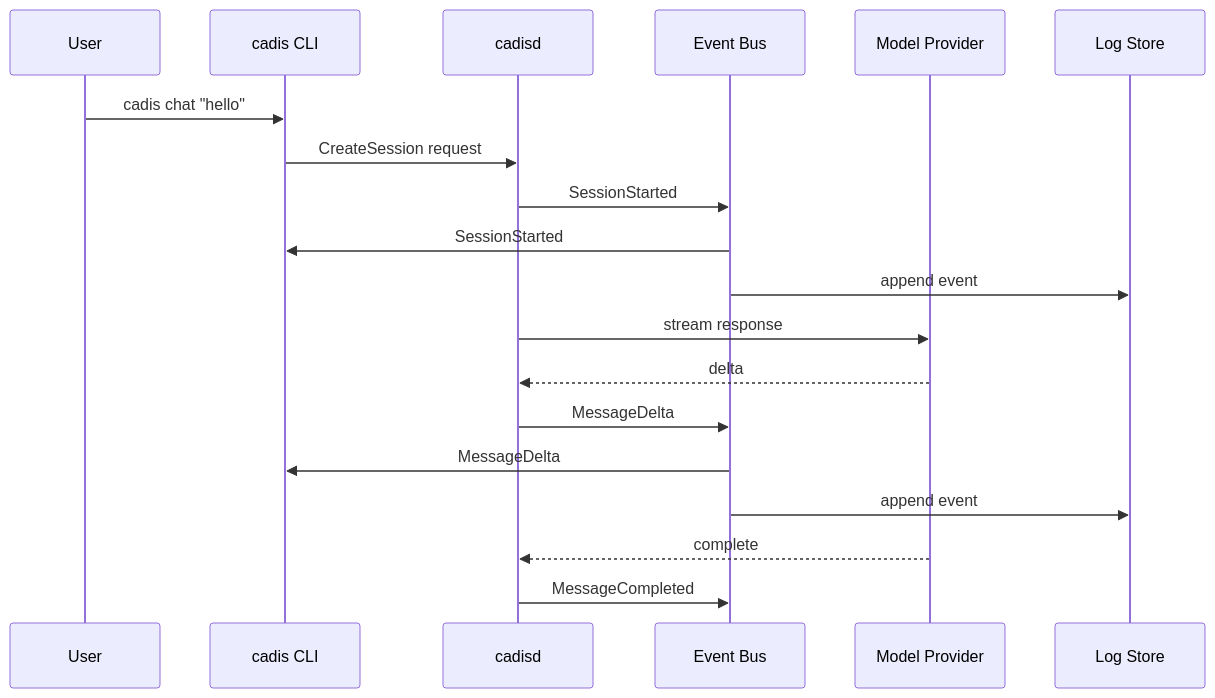
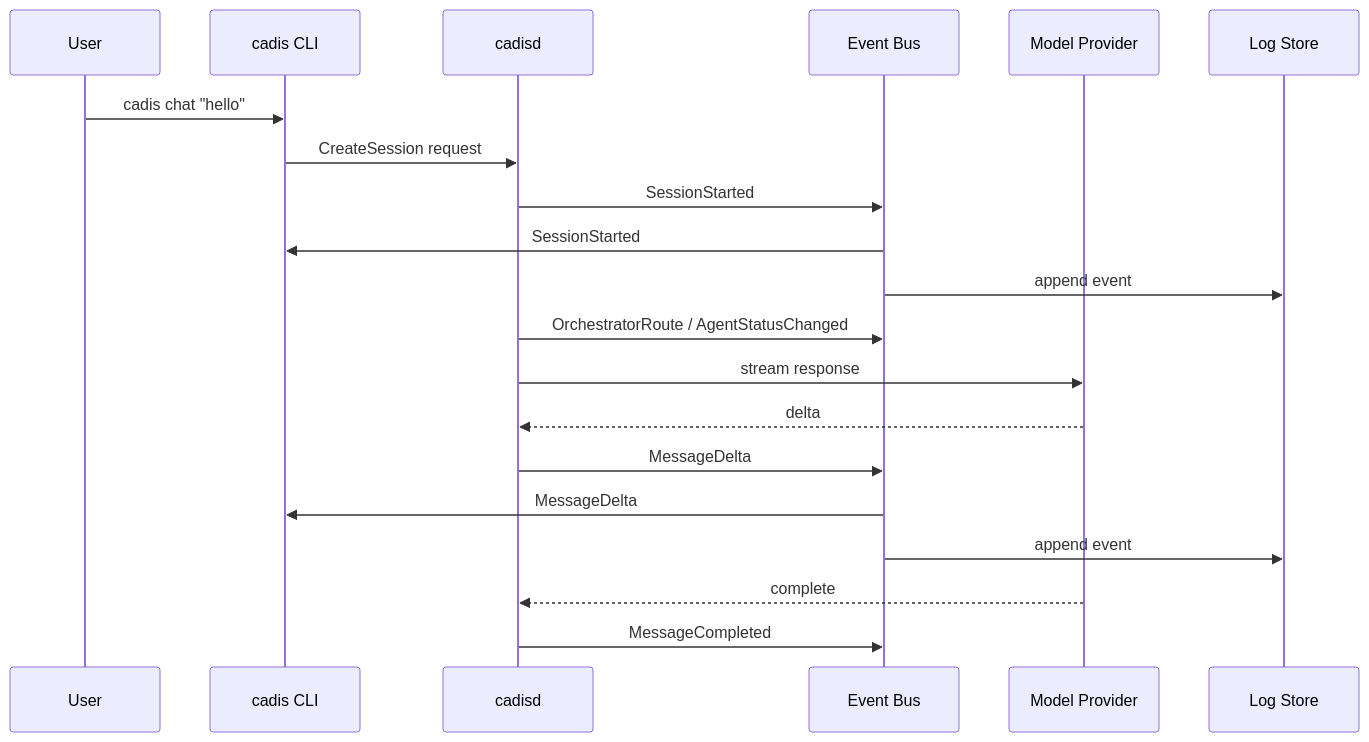
Before and after one commit to Growth-Circle/cadis: the second of 3 diagrams in docs/05_ARCHITECTURE.md, drawn with Mermaid. The commit also changed other lines of this file and 5 other files, not shown here.

````diff
--- a/docs/05_ARCHITECTURE.md
+++ b/docs/05_ARCHITECTURE.md
@@ -90,22 +90,23 @@
 ```mermaid
 sequenceDiagram
   participant U as User
   participant C as cadis CLI
   participant D as cadisd
   participant B as Event Bus
   participant M as Model Provider
   participant L as Log Store
 
   U->>C: cadis chat "hello"
   C->>D: CreateSession request
   D->>B: SessionStarted
   B->>C: SessionStarted
   B->>L: append event
+  D->>B: OrchestratorRoute / AgentStatusChanged
   D->>M: stream response
   M-->>D: delta
   D->>B: MessageDelta
   B->>C: MessageDelta
   B->>L: append event
   M-->>D: complete
   D->>B: MessageCompleted
 ```
````
